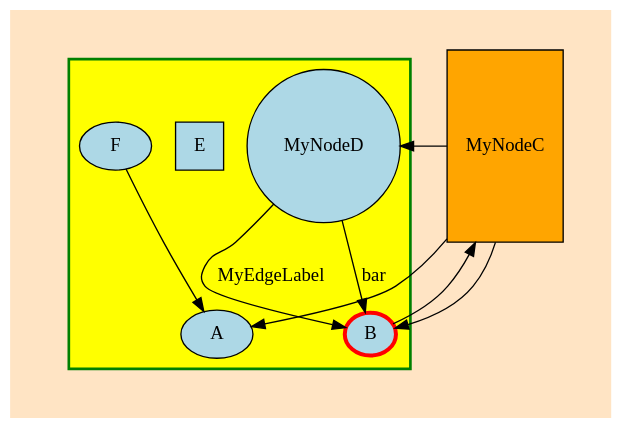
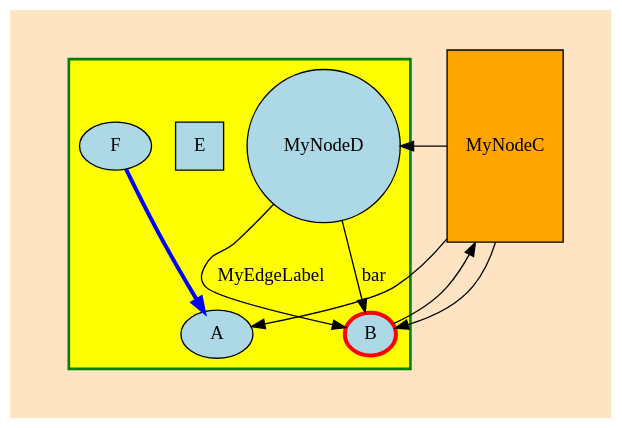
Before and after one commit to jjermann/sharpgraph: the diagram in UnitTests/TestExamples/example.dot, drawn with Graphviz. The commit also changed 2 other files, not shown here.

```diff
--- a/UnitTests/TestExamples/example.dot
+++ b/UnitTests/TestExamples/example.dot
@@ -1,20 +1,20 @@
 digraph {
   bgcolor="bisque"
   pad="0.5,0.4"
   node [style=filled, fillcolor="lightblue"]
   A
   B->C->{
     A; D; {
 	  A; B [width=0.3, height=0.3, penwidth=3, color=red]
 	}
   }
   C [label="MyNodeC", shape="rect", fillcolor=orange, width=1, height=2]
   D->B [label="MyEdgeLabel"]
   D [label="MyNodeD", shape="circle"];
   subgraph cluster0 {
     graph [bgcolor="yellow", pencolor="green", penwidth=2]
     E [shape="square"]
-	F->A
+	F->A [penwidth=3, color="blue"]
 	D->B [label="bar"]
   }
 }
```
